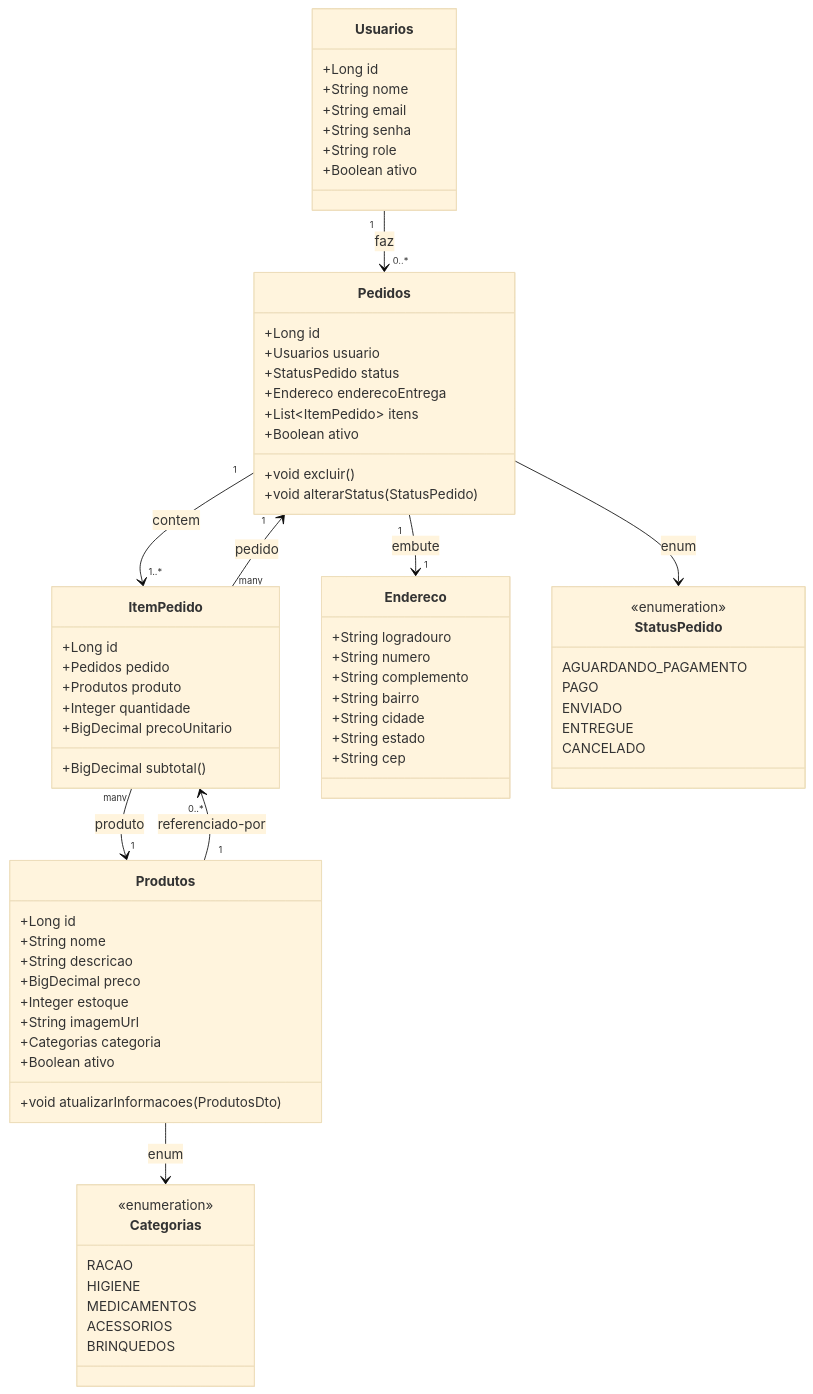
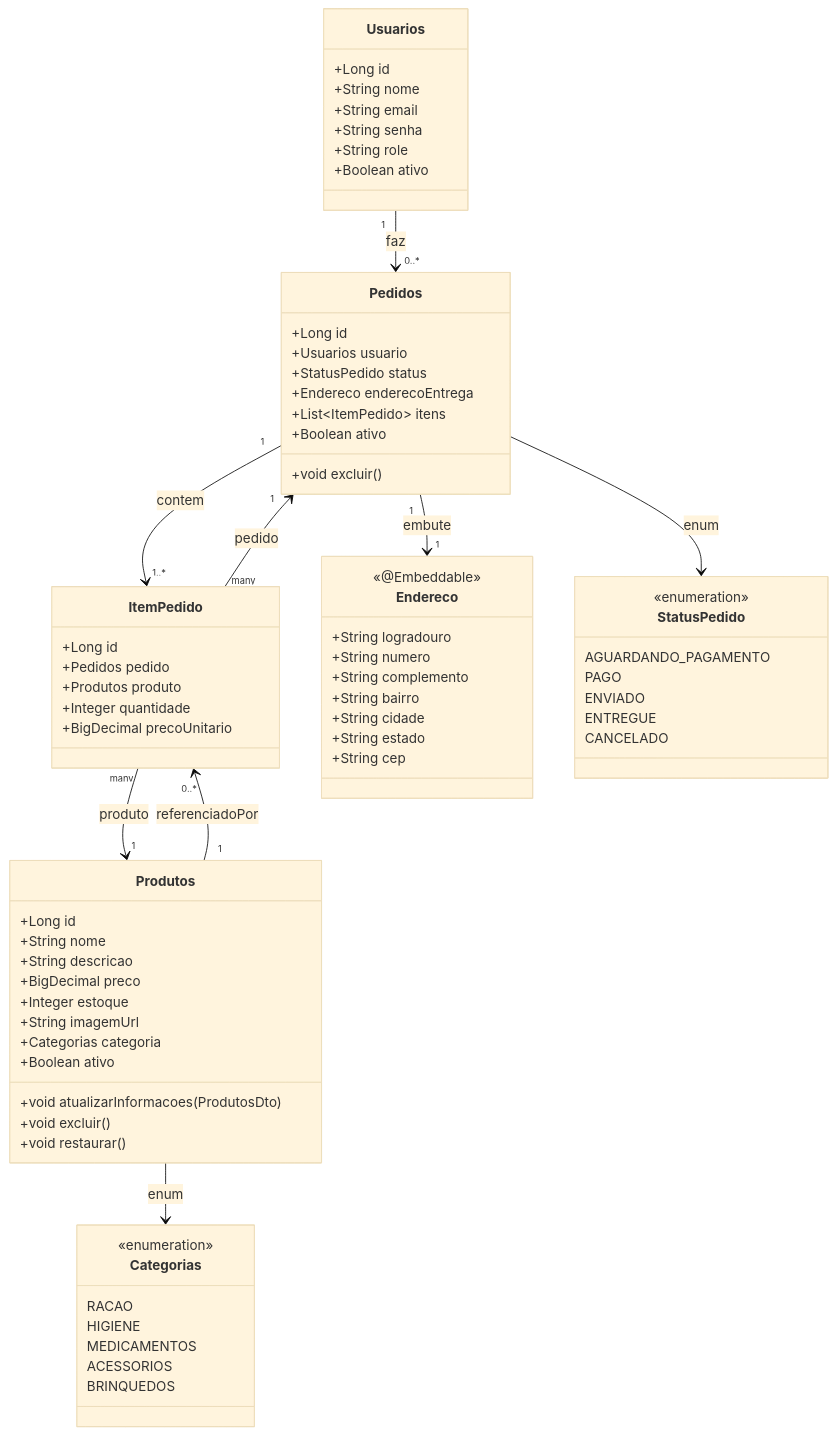
Before and after one commit to AROLima/DomPet_backend: the second of 2 diagrams in README.md, drawn with Mermaid (base theme). The commit also changed other lines of this file, not shown here.

First line of the commit message:
docs(readme): atualiza README com JWT, estrutura por feature e diagramas Mermaid

````diff
--- a/README.md
+++ b/README.md
@@ -54,80 +140,81 @@
 ```mermaid
 classDiagram
   class Usuarios {
     +Long id
     +String nome
     +String email
     +String senha
     +String role
     +Boolean ativo
   }
 
   class Produtos {
     +Long id
     +String nome
     +String descricao
     +BigDecimal preco
     +Integer estoque
     +String imagemUrl
     +Categorias categoria
     +Boolean ativo
     +void atualizarInformacoes(ProdutosDto)
+    +void excluir()
+    +void restaurar()
   }
 
   class Pedidos {
     +Long id
     +Usuarios usuario
     +StatusPedido status
     +Endereco enderecoEntrega
     +List~ItemPedido~ itens
     +Boolean ativo
     +void excluir()
-    +void alterarStatus(StatusPedido)
   }
 
   class ItemPedido {
     +Long id
     +Pedidos pedido
     +Produtos produto
     +Integer quantidade
     +BigDecimal precoUnitario
-    +BigDecimal subtotal()
   }
 
   class Endereco {
+    <<@Embeddable>>
     +String logradouro
     +String numero
     +String complemento
     +String bairro
     +String cidade
     +String estado
     +String cep
   }
 
   class Categorias {
     <<enumeration>>
     RACAO
     HIGIENE
     MEDICAMENTOS
     ACESSORIOS
     BRINQUEDOS
   }
 
   class StatusPedido {
     <<enumeration>>
     AGUARDANDO_PAGAMENTO
     PAGO
     ENVIADO
     ENTREGUE
     CANCELADO
   }
 
   Usuarios "1" --> "0..*" Pedidos : faz
   Pedidos "1" --> "1" Endereco : embute
   Pedidos "1" --> "1..*" ItemPedido : contem
-  Produtos "1" --> "0..*" ItemPedido : referenciado-por
+  Produtos "1" --> "0..*" ItemPedido : referenciadoPor
   ItemPedido "many" --> "1" Produtos : produto
   ItemPedido "many" --> "1" Pedidos : pedido
   Produtos --> Categorias : enum
   Pedidos --> StatusPedido : enum
 ```
````
